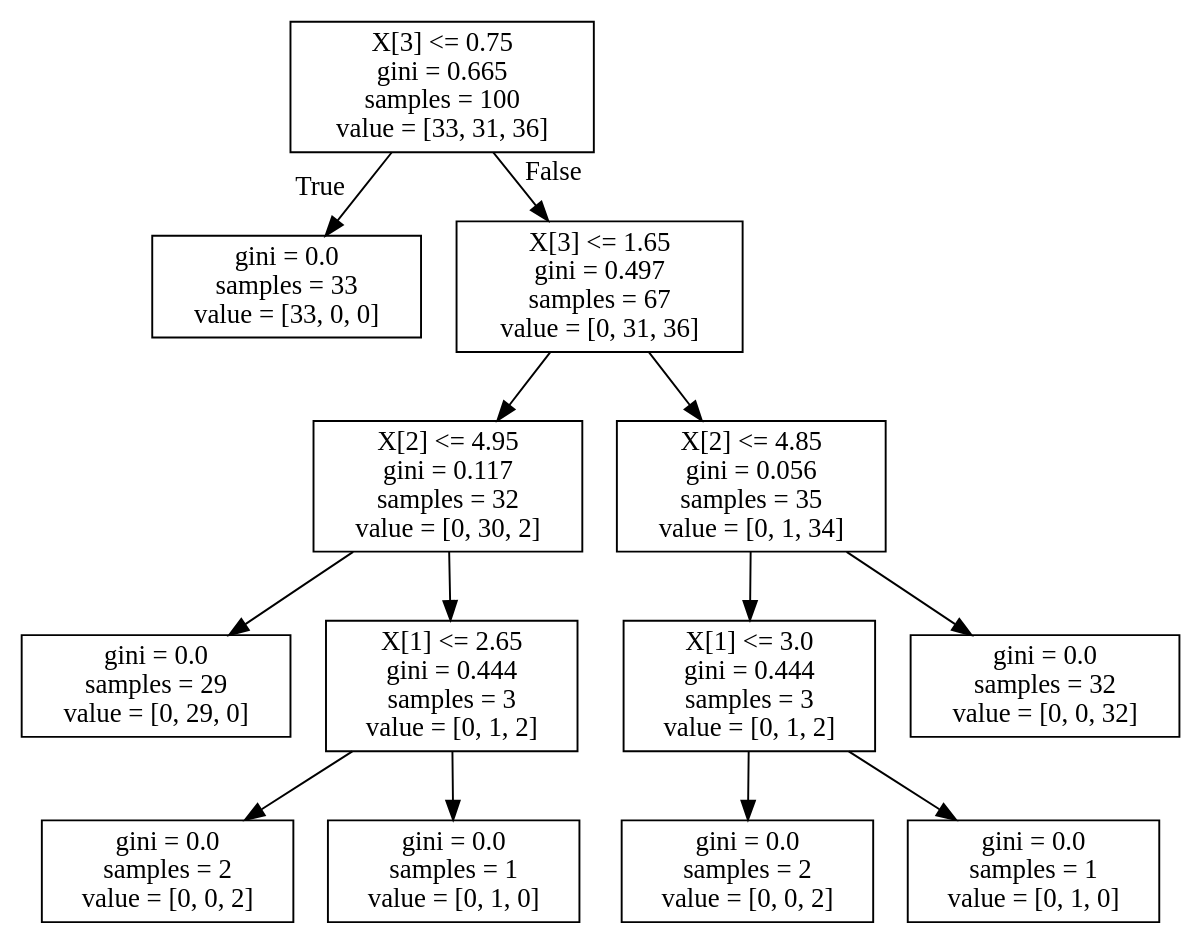
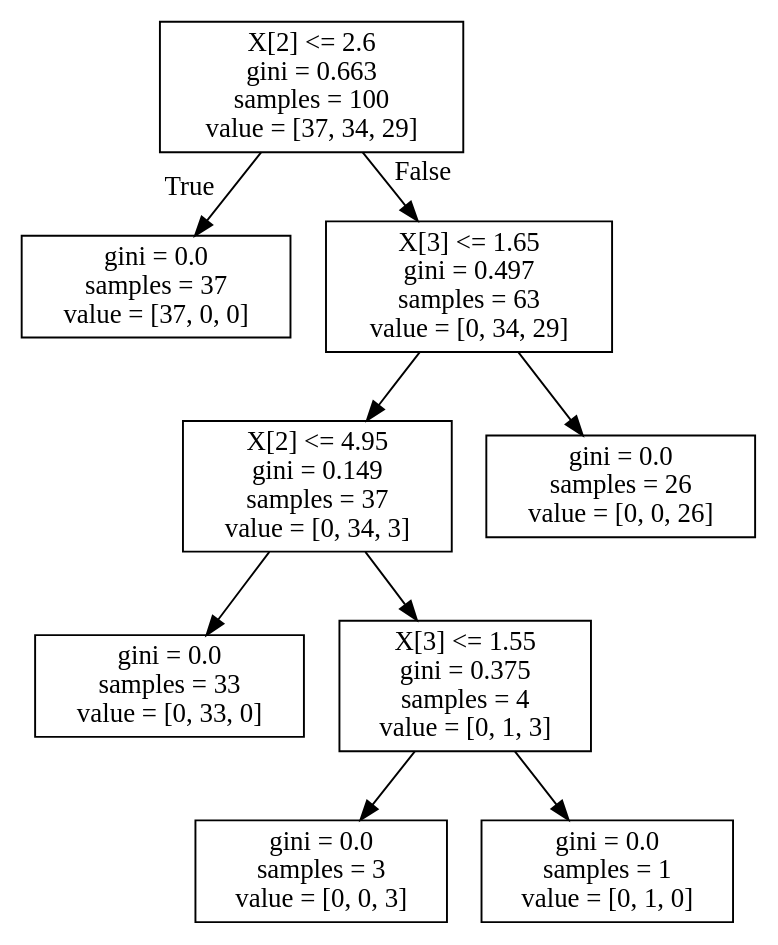
One commit to nicolalandro/ai_study changed the diagram in 1-DecisionTree/sklearn/iris_decision_tree.dot. Above: the diagram before and after it, drawn with Graphviz. The commit also changed 7 other files, not shown here.

```diff
--- a/1-DecisionTree/sklearn/iris_decision_tree.dot
+++ b/1-DecisionTree/sklearn/iris_decision_tree.dot
@@ -1,28 +1,20 @@
 digraph Tree {
 node [shape=box] ;
-0 [label="X[3] <= 0.75\ngini = 0.665\nsamples = 100\nvalue = [33, 31, 36]"] ;
-1 [label="gini = 0.0\nsamples = 33\nvalue = [33, 0, 0]"] ;
+0 [label="X[2] <= 2.6\ngini = 0.663\nsamples = 100\nvalue = [37, 34, 29]"] ;
+1 [label="gini = 0.0\nsamples = 37\nvalue = [37, 0, 0]"] ;
 0 -> 1 [labeldistance=2.5, labelangle=45, headlabel="True"] ;
-2 [label="X[3] <= 1.65\ngini = 0.497\nsamples = 67\nvalue = [0, 31, 36]"] ;
+2 [label="X[3] <= 1.65\ngini = 0.497\nsamples = 63\nvalue = [0, 34, 29]"] ;
 0 -> 2 [labeldistance=2.5, labelangle=-45, headlabel="False"] ;
-3 [label="X[2] <= 4.95\ngini = 0.117\nsamples = 32\nvalue = [0, 30, 2]"] ;
+3 [label="X[2] <= 4.95\ngini = 0.149\nsamples = 37\nvalue = [0, 34, 3]"] ;
 2 -> 3 ;
-4 [label="gini = 0.0\nsamples = 29\nvalue = [0, 29, 0]"] ;
+4 [label="gini = 0.0\nsamples = 33\nvalue = [0, 33, 0]"] ;
 3 -> 4 ;
-5 [label="X[1] <= 2.65\ngini = 0.444\nsamples = 3\nvalue = [0, 1, 2]"] ;
+5 [label="X[3] <= 1.55\ngini = 0.375\nsamples = 4\nvalue = [0, 1, 3]"] ;
 3 -> 5 ;
-6 [label="gini = 0.0\nsamples = 2\nvalue = [0, 0, 2]"] ;
+6 [label="gini = 0.0\nsamples = 3\nvalue = [0, 0, 3]"] ;
 5 -> 6 ;
 7 [label="gini = 0.0\nsamples = 1\nvalue = [0, 1, 0]"] ;
 5 -> 7 ;
-8 [label="X[2] <= 4.85\ngini = 0.056\nsamples = 35\nvalue = [0, 1, 34]"] ;
+8 [label="gini = 0.0\nsamples = 26\nvalue = [0, 0, 26]"] ;
 2 -> 8 ;
-9 [label="X[1] <= 3.0\ngini = 0.444\nsamples = 3\nvalue = [0, 1, 2]"] ;
-8 -> 9 ;
-10 [label="gini = 0.0\nsamples = 2\nvalue = [0, 0, 2]"] ;
-9 -> 10 ;
-11 [label="gini = 0.0\nsamples = 1\nvalue = [0, 1, 0]"] ;
-9 -> 11 ;
-12 [label="gini = 0.0\nsamples = 32\nvalue = [0, 0, 32]"] ;
-8 -> 12 ;
 }
```
